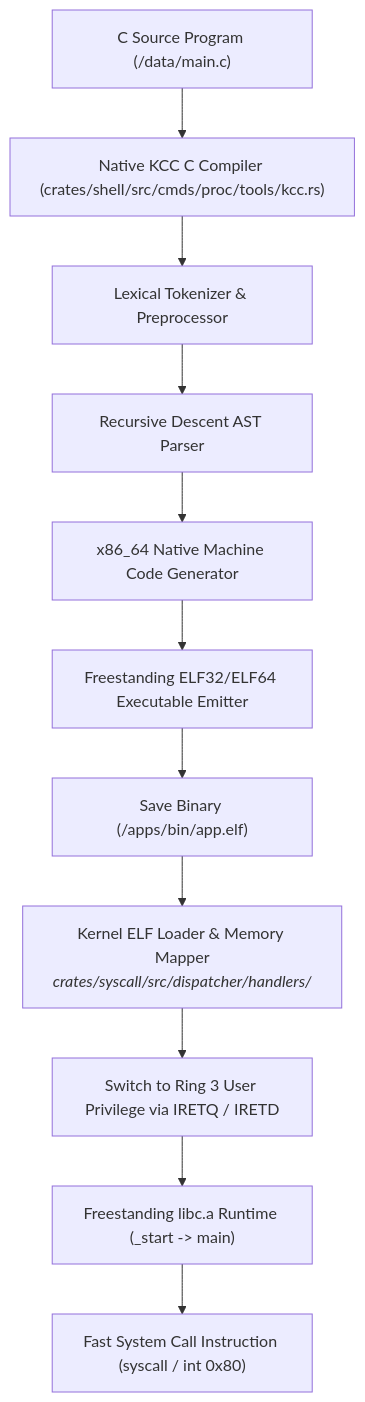
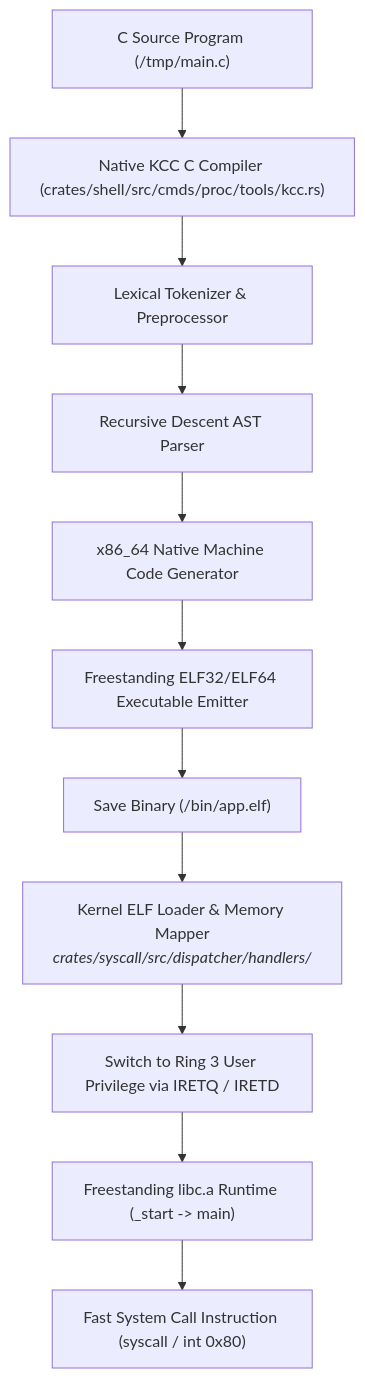
The diagram in docs/journey/userland_compiler.md (mrvlous/keira), drawn with Mermaid before and after one commit. The commit also changed other lines of this file and 11 other files, not shown here.

````diff
--- a/docs/journey/userland_compiler.md
+++ b/docs/journey/userland_compiler.md
@@ -11,13 +11,13 @@
 ```mermaid
 graph TD
-    Source["C Source Program (/data/main.c)"] --> KCC["Native KCC C Compiler (crates/shell/src/cmds/proc/tools/kcc.rs)"]
+    Source["C Source Program (/tmp/main.c)"] --> KCC["Native KCC C Compiler (crates/shell/src/cmds/proc/tools/kcc.rs)"]
     KCC --> Lexer["Lexical Tokenizer & Preprocessor"]
     Lexer --> Parser["Recursive Descent AST Parser"]
     Parser --> CodeGen["x86_64 Native Machine Code Generator"]
     CodeGen --> ELFEmitter["Freestanding ELF32/ELF64 Executable Emitter"]
-    ELFEmitter --> Disk["Save Binary (/apps/bin/app.elf)"]
+    ELFEmitter --> Disk["Save Binary (/bin/app.elf)"]
     Disk --> Loader["Kernel ELF Loader & Memory Mapper<br/><i>crates/syscall/src/dispatcher/handlers/</i>"]
     Loader --> Ring3["Switch to Ring 3 User Privilege via IRETQ / IRETD"]
     Ring3 --> Libc["Freestanding libc.a Runtime (_start -> main)"]
     Libc --> Syscall["Fast System Call Instruction (syscall / int 0x80)"]
 ```
````
